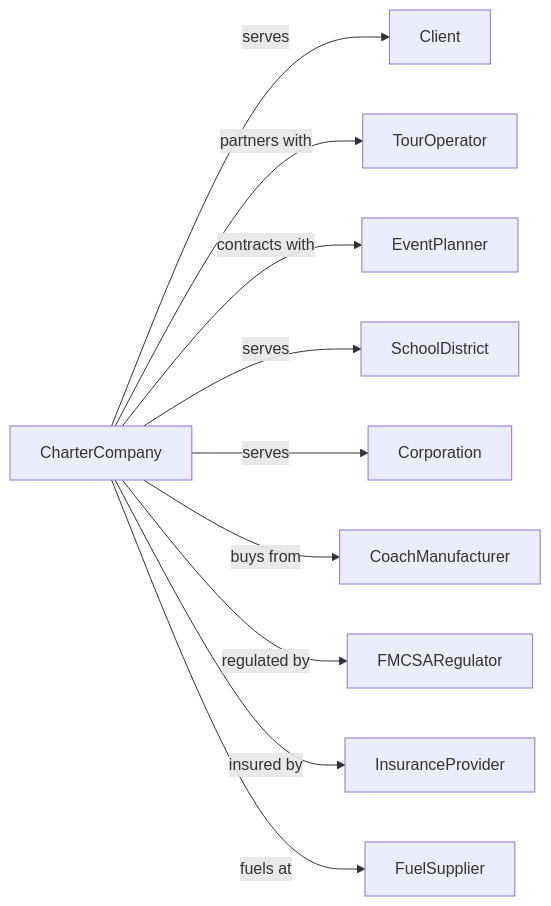
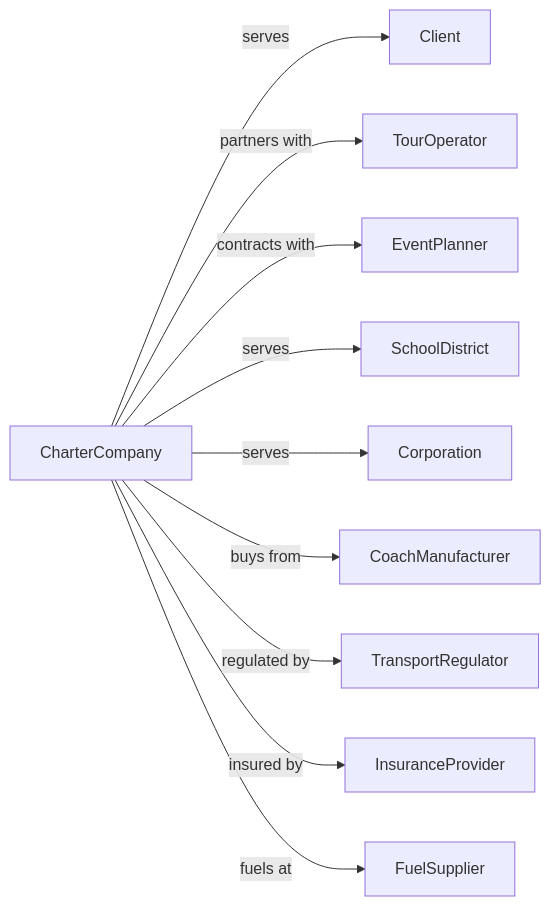
Before and after one commit to dot-org-ai/industries.org.ai: the second of 2 diagrams in Transportation/TransitAndGroundPassengerTransportation/CharterBusIndustry/CharterBusIndustry.mdx, drawn with Mermaid. The commit also changed other lines of this file and 639 other files, not shown here.

````diff
--- a/Transportation/TransitAndGroundPassengerTransportation/CharterBusIndustry/CharterBusIndustry.mdx
+++ b/Transportation/TransitAndGroundPassengerTransportation/CharterBusIndustry/CharterBusIndustry.mdx
@@ -134,14 +134,14 @@
 ```mermaid
 graph LR
     C[CharterCompany]
 
     C -->|serves| Client
     C -->|partners with| TourOperator
     C -->|contracts with| EventPlanner
     C -->|serves| SchoolDistrict
     C -->|serves| Corporation
     C -->|buys from| CoachManufacturer
-    C -->|regulated by| FMCSARegulator
+    C -->|regulated by| TransportRegulator
     C -->|insured by| InsuranceProvider
     C -->|fuels at| FuelSupplier
 ```
````
